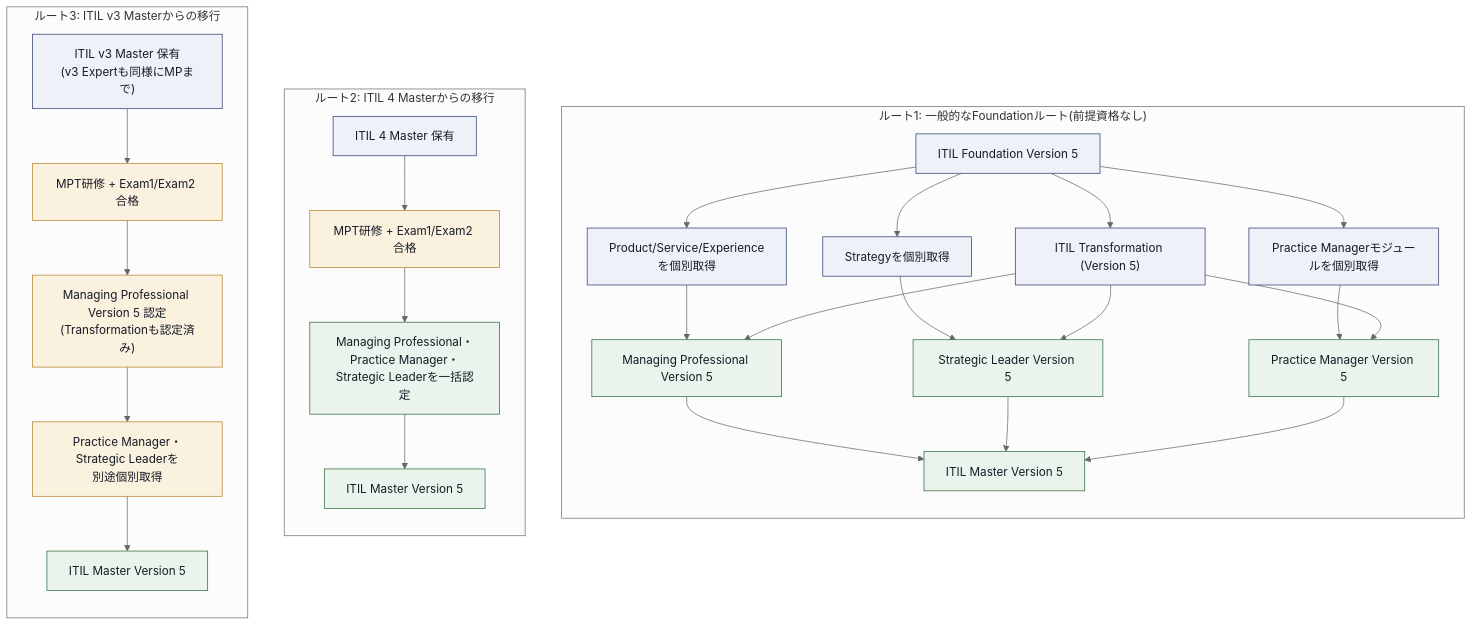
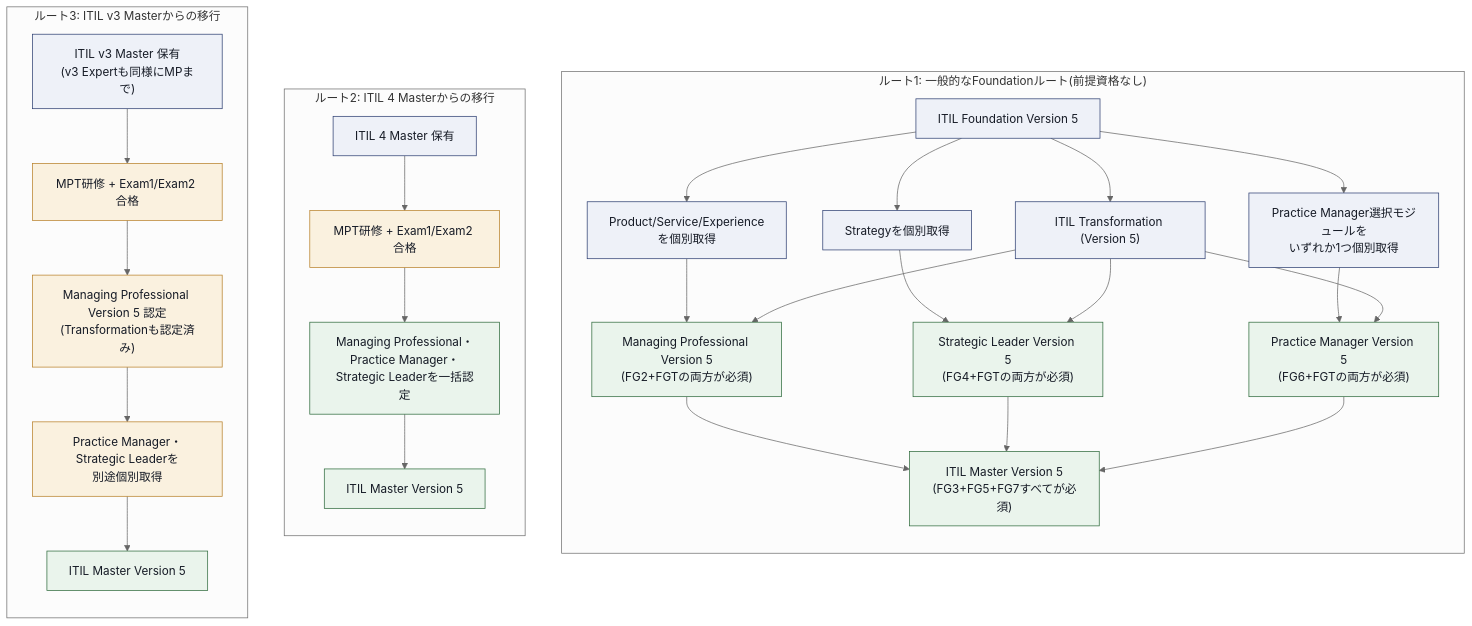
The first of 9 diagrams in Itil-managing-professional-transition-v5-guide.md (myoshi2891/Management-Team-Building-Studies), drawn with Mermaid (neutral theme) before and after one commit. The commit also changed other lines of this file and 3 other files, not shown here.

Commit message:
docs(itil): refine certification path diagrams, recertification rules, and historical timeline

````diff
--- a/Itil-managing-professional-transition-v5-guide.md
+++ b/Itil-managing-professional-transition-v5-guide.md
@@ -44,41 +44,41 @@
 ```mermaid
 flowchart TB
     subgraph RouteGeneral["ルート1: 一般的なFoundationルート(前提資格なし)"]
         direction TB
         FG["ITIL Foundation Version 5"] --> FG2["Product/Service/Experienceを個別取得"]
-        FG2 --> FG3["Managing Professional Version 5"]
+        FG2 --> FG3["Managing Professional Version 5<br/>(FG2+FGTの両方が必須)"]
         FG --> FG4["Strategyを個別取得"]
-        FG4 --> FG5["Strategic Leader Version 5"]
-        FG --> FG6["Practice Managerモジュールを個別取得"]
-        FG6 --> FG7["Practice Manager Version 5"]
+        FG4 --> FG5["Strategic Leader Version 5<br/>(FG4+FGTの両方が必須)"]
+        FG --> FG6["Practice Manager選択モジュールを<br/>いずれか1つ個別取得"]
+        FG6 --> FG7["Practice Manager Version 5<br/>(FG6+FGTの両方が必須)"]
         FG --> FGT["ITIL Transformation (Version 5)"]
         FGT --> FG3
         FGT --> FG5
         FGT --> FG7
-        FG3 --> FG8["ITIL Master Version 5"]
+        FG3 --> FG8["ITIL Master Version 5<br/>(FG3+FG5+FG7すべてが必須)"]
         FG5 --> FG8
         FG7 --> FG8
     end
 
     subgraph Route4["ルート2: ITIL 4 Masterからの移行"]
         direction TB
         M4["ITIL 4 Master 保有"] --> MPT4["MPT研修 + Exam1/Exam2 合格"]
         MPT4 --> M4R["Managing Professional・Practice Manager・<br/>Strategic Leaderを一括認定"]
         M4R --> M4M["ITIL Master Version 5"]
     end
 
     subgraph RouteV3["ルート3: ITIL v3 Masterからの移行"]
         direction TB
         M3["ITIL v3 Master 保有<br/>(v3 Expertも同様にMPまで)"] --> MPT3["MPT研修 + Exam1/Exam2 合格"]
         MPT3 --> M3R["Managing Professional Version 5 認定<br/>(Transformationも認定済み)"]
         M3R --> M3S["Practice Manager・Strategic Leaderを<br/>別途個別取得"]
         M3S --> M3M["ITIL Master Version 5"]
     end
 
     classDef box fill:#EEF1F8,stroke:#2E3F72,color:#161B26
     classDef hub fill:#FAF1DF,stroke:#B8802A,color:#161B26
     classDef done fill:#EAF4EC,stroke:#2F6B3D,color:#161B26
     class FG,FG2,FG4,FG6,FGT,M4,M3 box
     class MPT4,MPT3,M3R,M3S hub
     class FG3,FG5,FG7,FG8,M4R,M4M,M3M done
 ```
````
